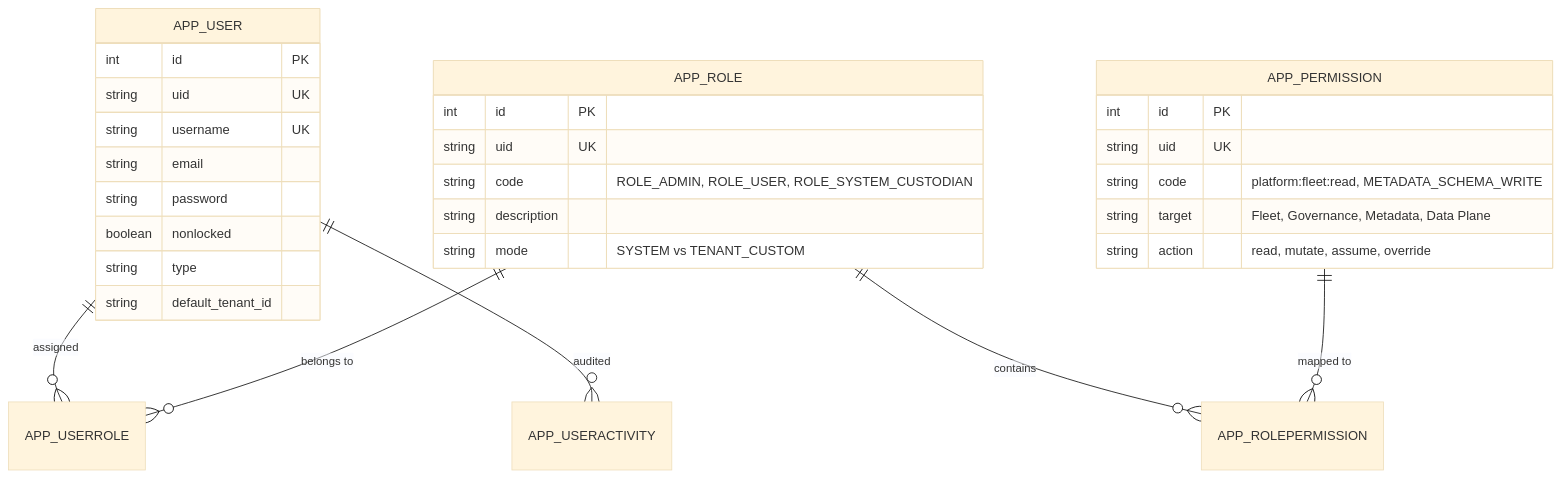
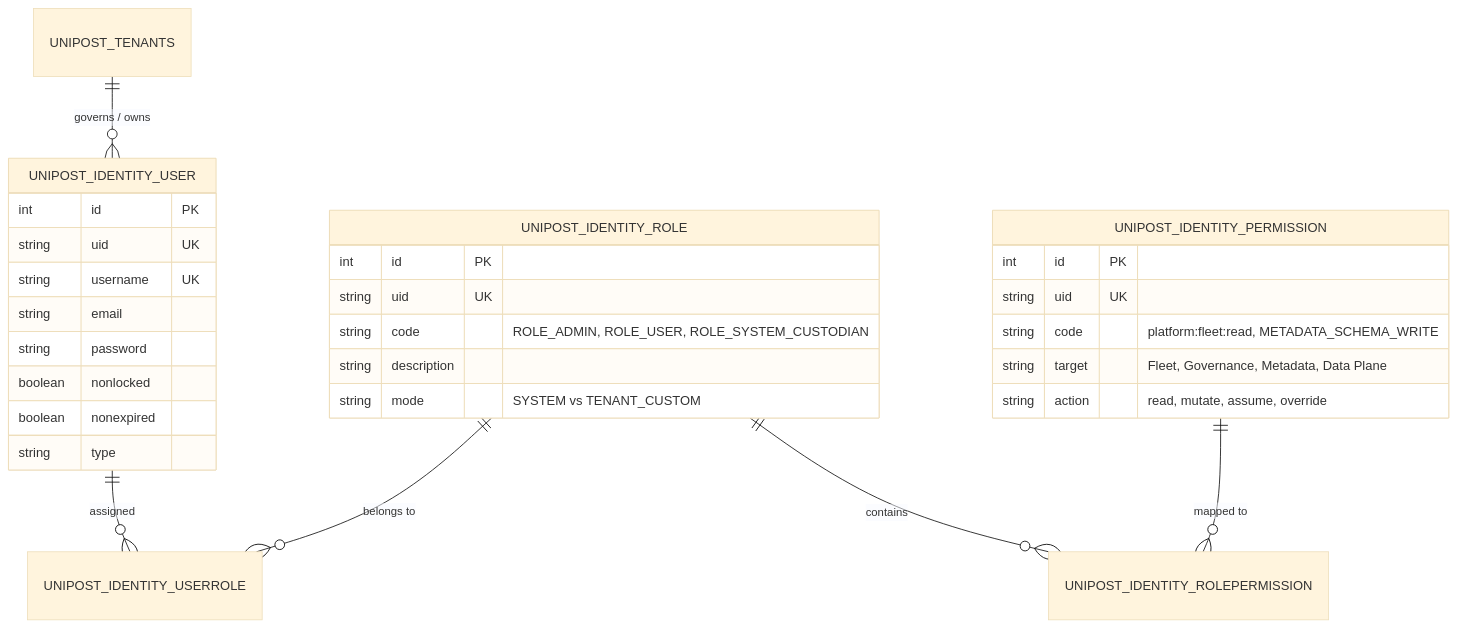
The second of 4 diagrams in docs/master_database_schema_architecture.md (tamanle23/acc), drawn with Mermaid (base theme) before and after one commit. The commit also changed other lines of this file and 4 other files, not shown here.

Commit message:
docs(persistence): synchronize master database schema architecture reference (v1.1.0)

````diff
--- a/docs/master_database_schema_architecture.md
+++ b/docs/master_database_schema_architecture.md
@@ -266,35 +318,35 @@
 ```mermaid
 erDiagram
-    APP_USER ||--o{ APP_USERROLE : "assigned"
-    APP_ROLE ||--o{ APP_USERROLE : "belongs to"
-    APP_ROLE ||--o{ APP_ROLEPERMISSION : "contains"
-    APP_PERMISSION ||--o{ APP_ROLEPERMISSION : "mapped to"
-    APP_USER ||--o{ APP_USERACTIVITY : "audited"
+    UNIPOST_IDENTITY_USER ||--o{ UNIPOST_IDENTITY_USERROLE : "assigned"
+    UNIPOST_IDENTITY_ROLE ||--o{ UNIPOST_IDENTITY_USERROLE : "belongs to"
+    UNIPOST_IDENTITY_ROLE ||--o{ UNIPOST_IDENTITY_ROLEPERMISSION : "contains"
+    UNIPOST_IDENTITY_PERMISSION ||--o{ UNIPOST_IDENTITY_ROLEPERMISSION : "mapped to"
+    UNIPOST_TENANTS ||--o{ UNIPOST_IDENTITY_USER : "governs / owns"
 
-    APP_USER {
+    UNIPOST_IDENTITY_USER {
         int id PK
         string uid UK
         string username UK
         string email
         string password
         boolean nonlocked
+        boolean nonexpired
         string type
-        string default_tenant_id
     }
 
-    APP_ROLE {
+    UNIPOST_IDENTITY_ROLE {
         int id PK
         string uid UK
         string code "ROLE_ADMIN, ROLE_USER, ROLE_SYSTEM_CUSTODIAN"
         string description
         string mode "SYSTEM vs TENANT_CUSTOM"
     }
 
-    APP_PERMISSION {
+    UNIPOST_IDENTITY_PERMISSION {
         int id PK
         string uid UK
         string code "platform:fleet:read, METADATA_SCHEMA_WRITE"
         string target "Fleet, Governance, Metadata, Data Plane"
         string action "read, mutate, assume, override"
     }
 ```
````
